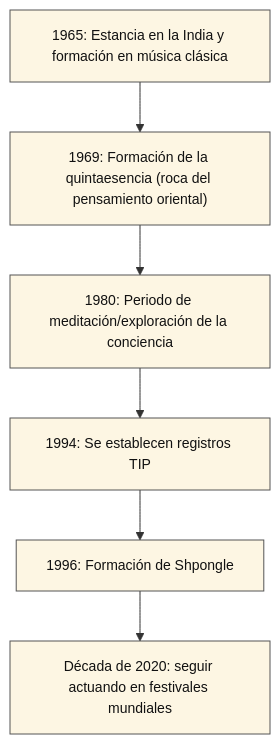
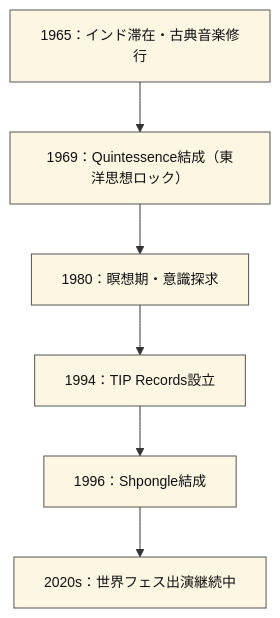
One commit to monumental-movement/monumental-movement.github.io changed the fourth of 4 diagrams in es/_posts/2025-10-05-Column-Shpongle.md. Above: the diagram before and after it, drawn with Mermaid. The commit also changed other lines of this file and 299 other files, not shown here.

```diff
--- a/es/_posts/2025-10-05-Column-Shpongle.md
+++ b/es/_posts/2025-10-05-Column-Shpongle.md
@@ -167,13 +167,13 @@
 <div class="mermaid">
 
 flowchart TD
-  A1965["1965: Estancia en la India y formación en música clásica"] --> A1969["1969: Formación de la quintaesencia (roca del pensamiento oriental)"]
-  A1969 --> A1980["1980: Periodo de meditación/exploración de la conciencia"]
-  A1980 --> A1994["1994: Se establecen registros TIP"]
-  A1994 --> A1996["1996: Formación de Shpongle"]
-  A1996 --> A2020["Década de 2020: seguir actuando en festivales mundiales"]
+  A1965["1965：インド滞在・古典音楽修行"] --> A1969["1969：Quintessence結成（東洋思想ロック）"]
+  A1969 --> A1980["1980：瞑想期・意識探求"]
+  A1980 --> A1994["1994：TIP Records設立"]
+  A1994 --> A1996["1996：Shpongle結成"]
+  A1996 --> A2020["2020s：世界フェス出演継続中"]
 
   classDef node fill:#fdf6e3,stroke:#555,stroke-width:1px,color:#111,font-size:14px;
   class A1965,A1969,A1980,A1994,A1996,A2020 node;
 
 </div>
```
